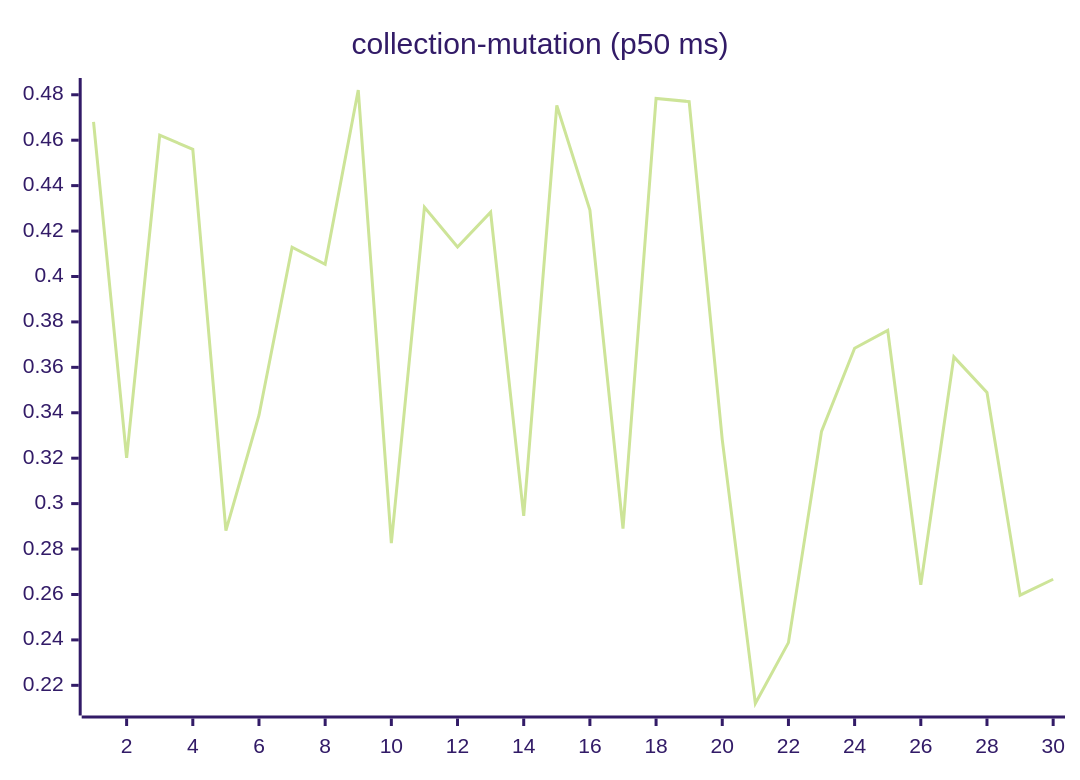
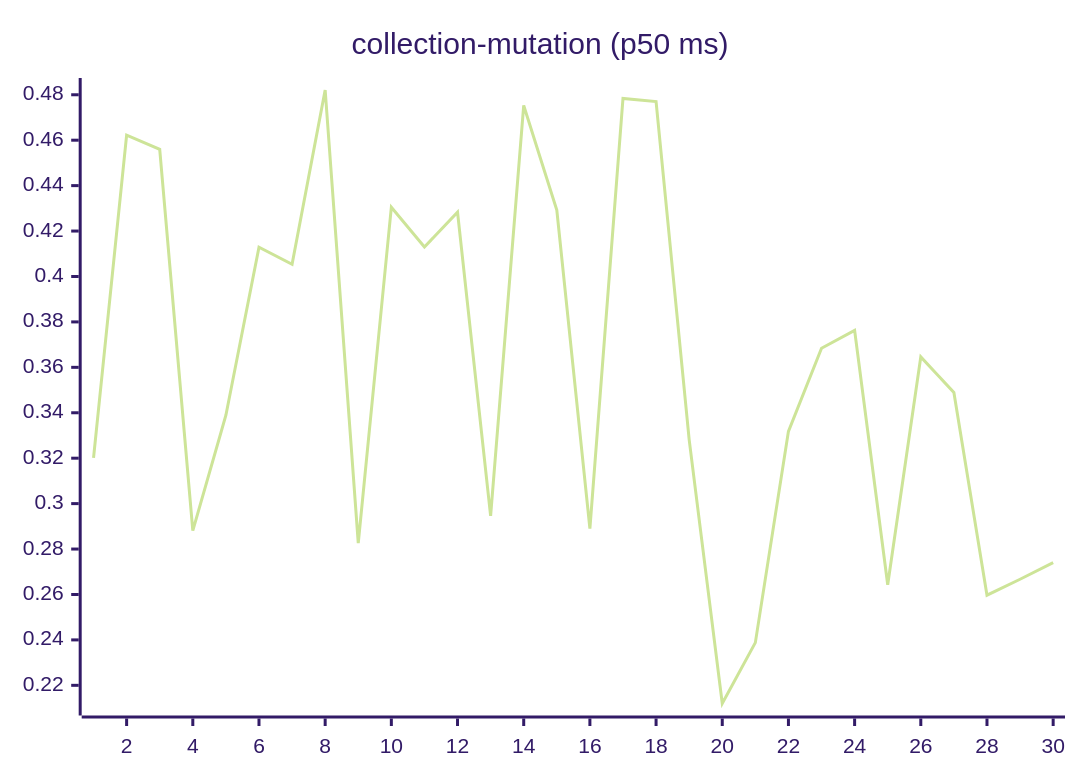
One commit to josha/Facet changed the sixth of 27 diagrams in README.md. Above: the diagram before and after it, drawn with Mermaid (forest theme). The commit also changed other lines of this file and 2 other files, not shown here.

````diff
--- a/README.md
+++ b/README.md
@@ -98,6 +98,6 @@
 ```mermaid
 xychart-beta
     title "collection-mutation (p50 ms)"
     x-axis 1 --> 30
-    line [0.4681, 0.3201, 0.4622, 0.4560, 0.2881, 0.3389, 0.4129, 0.4054, 0.4821, 0.2826, 0.4305, 0.4130, 0.4283, 0.2946, 0.4753, 0.4292, 0.2890, 0.4784, 0.4770, 0.3282, 0.2120, 0.2388, 0.3318, 0.3684, 0.3763, 0.2643, 0.3646, 0.3489, 0.2597, 0.2667]
+    line [0.3201, 0.4622, 0.4560, 0.2881, 0.3389, 0.4129, 0.4054, 0.4821, 0.2826, 0.4305, 0.4130, 0.4283, 0.2946, 0.4753, 0.4292, 0.2890, 0.4784, 0.4770, 0.3282, 0.2120, 0.2388, 0.3318, 0.3684, 0.3763, 0.2643, 0.3646, 0.3489, 0.2597, 0.2667, 0.2740]
 ```
````
